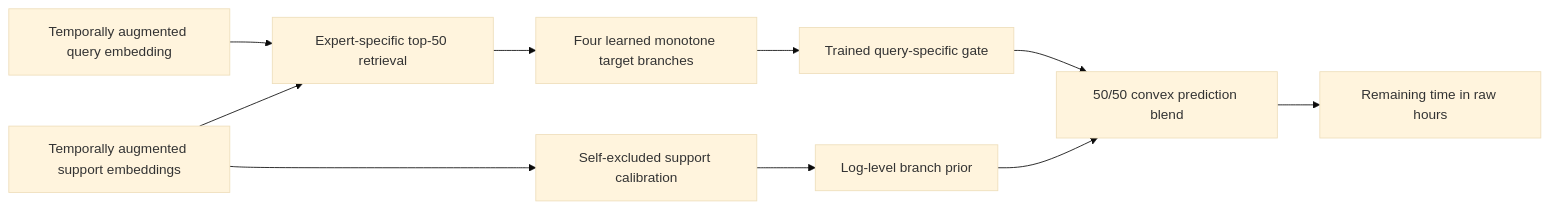
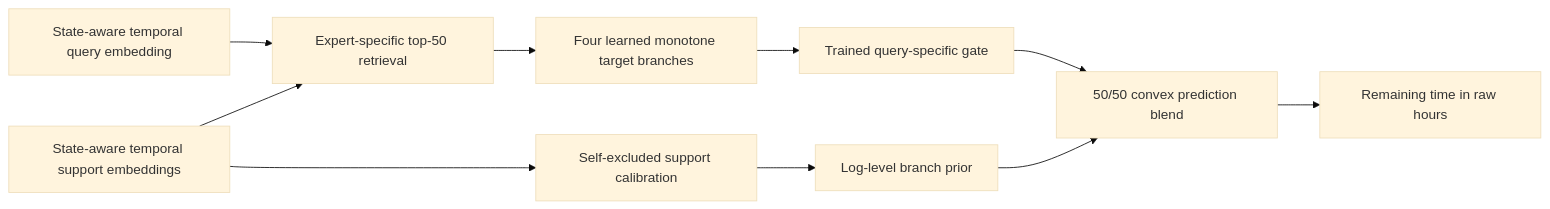
The second of 2 diagrams in paper_docs/fmv3_architecture_changes.md (fit-alessandro-berti/events-transf3), drawn with Mermaid (base theme) before and after one commit. The commit also changed other lines of this file and 211 other files, not shown here.

````diff
--- a/paper_docs/fmv3_architecture_changes.md
+++ b/paper_docs/fmv3_architecture_changes.md
@@ -94,12 +108,12 @@
 ```mermaid
 flowchart LR
-    Q[Temporally augmented query embedding] --> R[Expert-specific top-50 retrieval]
-    S[Temporally augmented support embeddings] --> R
+    Q[State-aware temporal query embedding] --> R[Expert-specific top-50 retrieval]
+    S[State-aware temporal support embeddings] --> R
     R --> B[Four learned monotone target branches]
     B --> D[Trained query-specific gate]
     S --> C[Self-excluded support calibration]
     C --> P[Log-level branch prior]
     D --> M[50/50 convex prediction blend]
     P --> M
     M --> H[Remaining time in raw hours]
 ```
````
